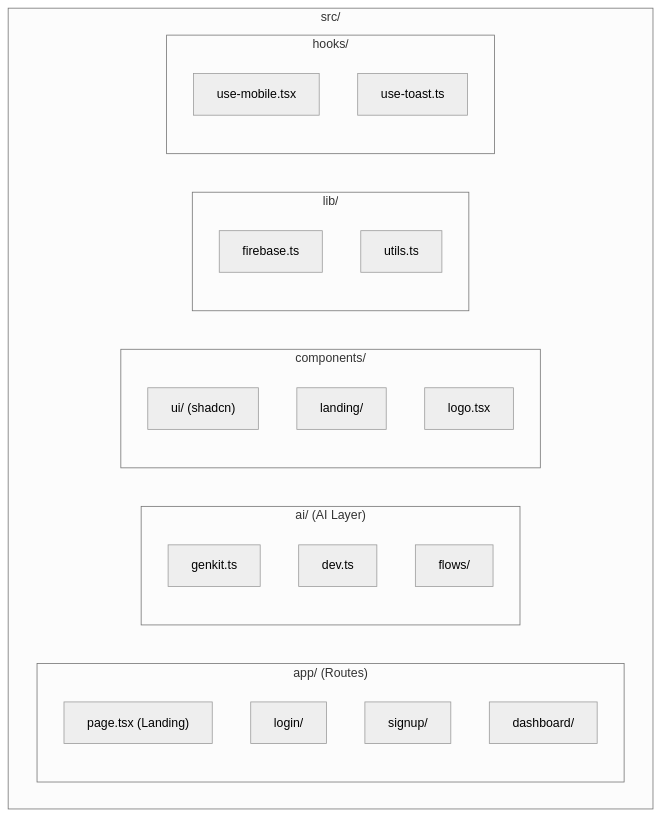
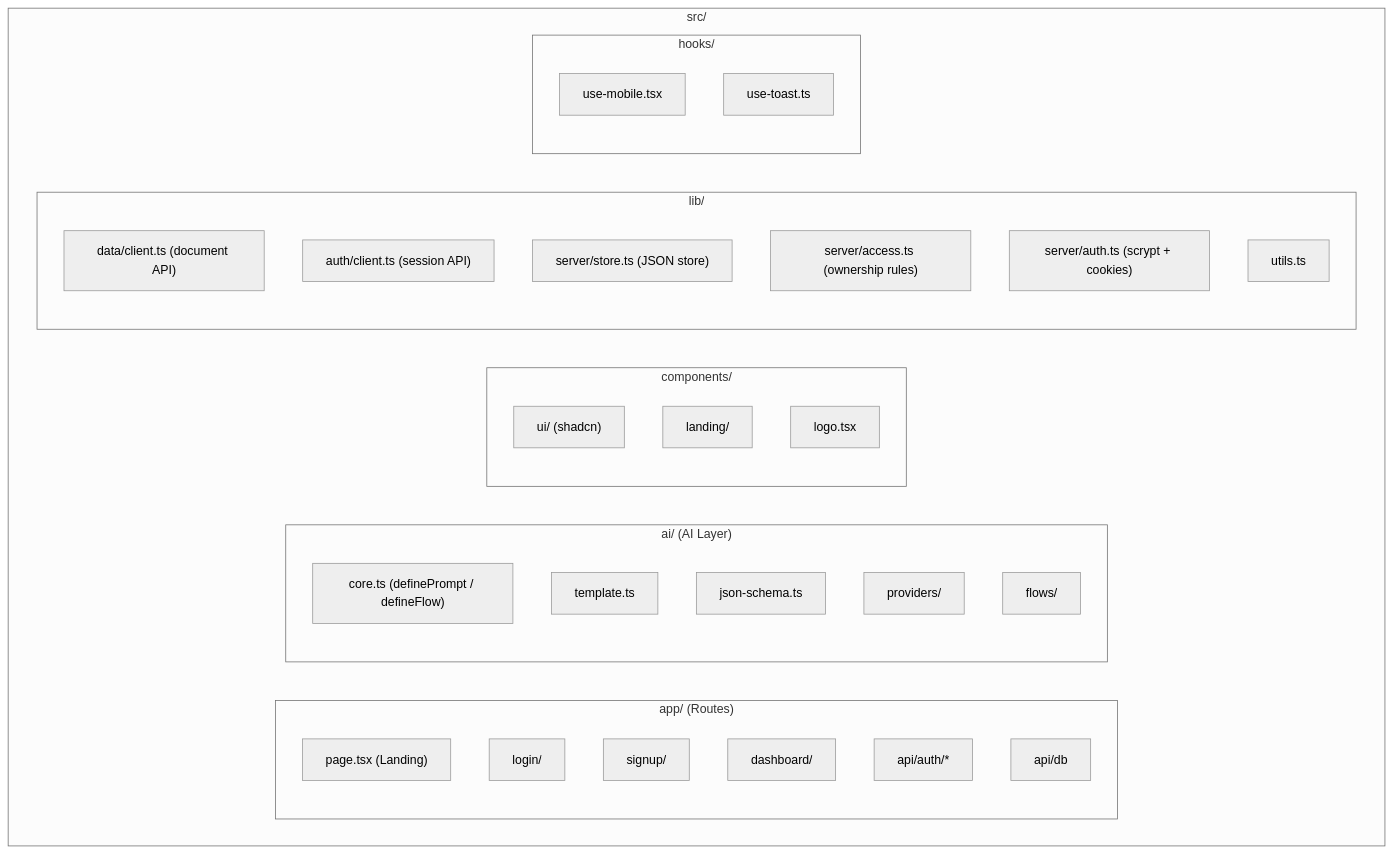
One commit to knotking/healthgeek changed the first of 4 diagrams in docs/code/README.md. Above: the diagram before and after it, drawn with Mermaid (neutral theme). The commit also changed other lines of this file and 67 other files, not shown here.

````diff
--- a/docs/code/README.md
+++ b/docs/code/README.md
@@ -5,33 +5,41 @@
 ```mermaid
 graph TD
     subgraph src ["src/"]
         subgraph app ["app/ (Routes)"]
             Landing["page.tsx (Landing)"]
             LoginPage["login/"]
             SignupPage["signup/"]
             Dashboard["dashboard/"]
+            ApiAuth["api/auth/*"]
+            ApiDb["api/db"]
         end
 
         subgraph ai ["ai/ (AI Layer)"]
-            GenkitConfig["genkit.ts"]
-            DevServer["dev.ts"]
+            Core["core.ts (definePrompt / defineFlow)"]
+            Template["template.ts"]
+            SchemaGen["json-schema.ts"]
+            ProviderDir["providers/"]
             Flows["flows/"]
         end
 
         subgraph components ["components/"]
             UILib["ui/ (shadcn)"]
             LandingComps["landing/"]
             LogoComp["logo.tsx"]
         end
 
         subgraph lib ["lib/"]
-            FirebaseLib["firebase.ts"]
+            DataClient["data/client.ts (document API)"]
+            AuthClient["auth/client.ts (session API)"]
+            ServerStore["server/store.ts (JSON store)"]
+            ServerAccess["server/access.ts (ownership rules)"]
+            ServerAuth["server/auth.ts (scrypt + cookies)"]
             Utils["utils.ts"]
         end
 
         subgraph hooks ["hooks/"]
             UseMobile["use-mobile.tsx"]
             UseToast["use-toast.ts"]
         end
     end
 ```
````
